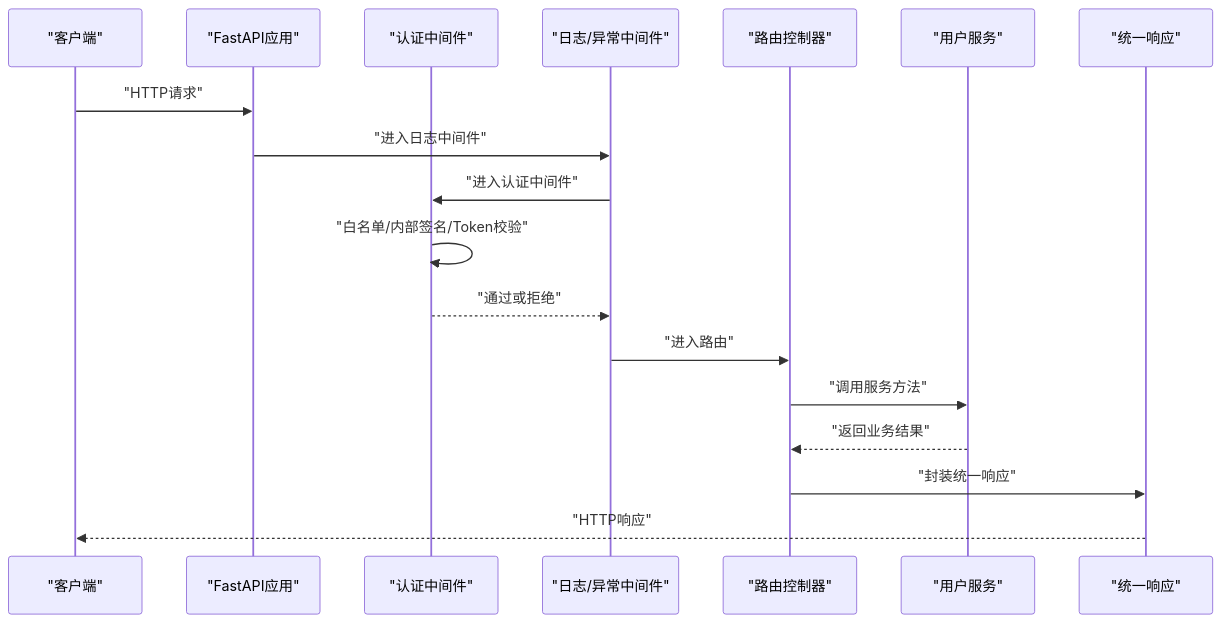
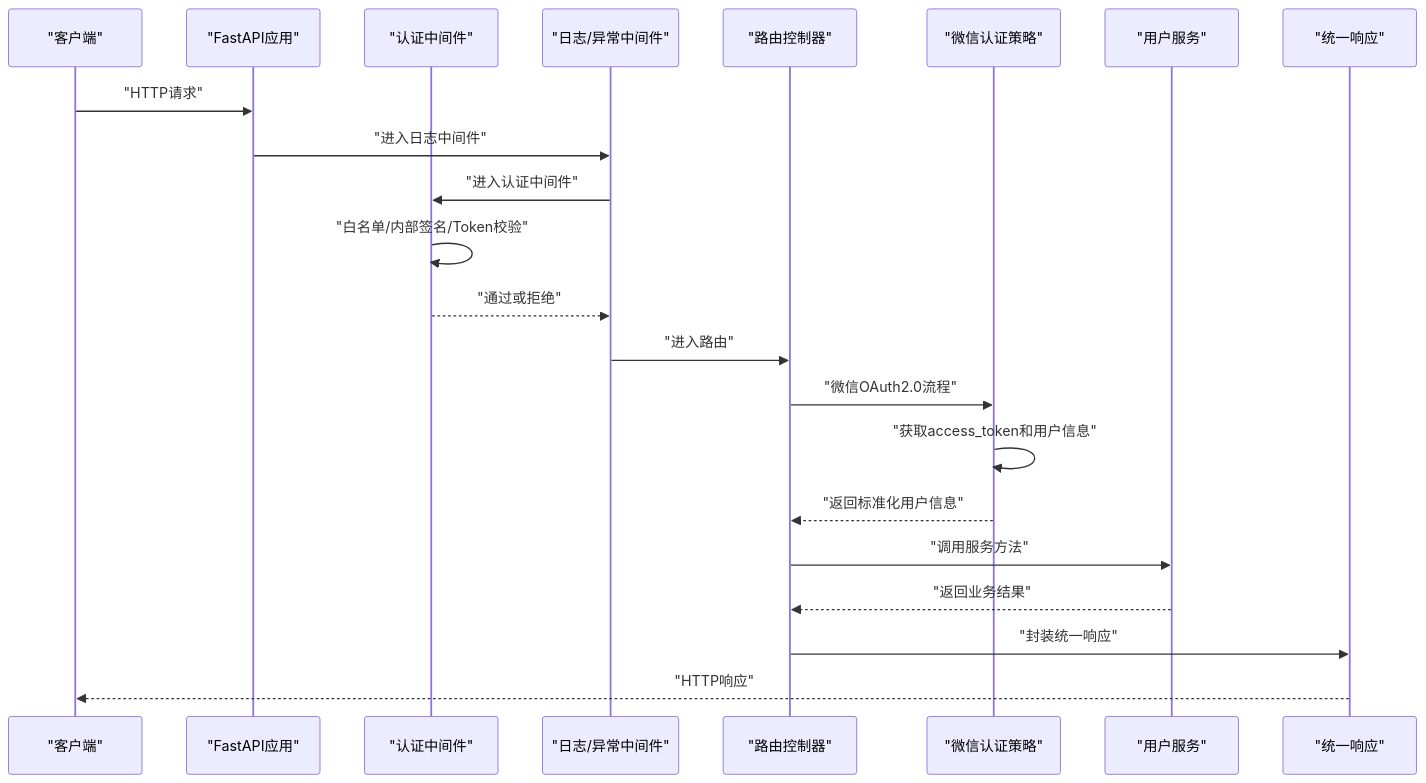
The second of 3 diagrams in .qoder/repowiki/zh/content/API接口文档/API接口文档.md (lilinzezzzzzz/fastapi-backend), drawn with Mermaid before and after one commit. The commit also changed other lines of this file and 38 other files, not shown here.

````diff
--- a/.qoder/repowiki/zh/content/API接口文档/API接口文档.md
+++ b/.qoder/repowiki/zh/content/API接口文档/API接口文档.md
@@ -115,20 +130,24 @@
 ```mermaid
 sequenceDiagram
 participant Client as "客户端"
 participant App as "FastAPI应用"
 participant AuthMW as "认证中间件"
 participant RecorderMW as "日志/异常中间件"
 participant Router as "路由控制器"
+participant Strategy as "微信认证策略"
 participant Svc as "用户服务"
 participant Resp as "统一响应"
 Client->>App : "HTTP请求"
 App->>RecorderMW : "进入日志中间件"
 RecorderMW->>AuthMW : "进入认证中间件"
 AuthMW->>AuthMW : "白名单/内部签名/Token校验"
 AuthMW-->>RecorderMW : "通过或拒绝"
 RecorderMW->>Router : "进入路由"
+Router->>Strategy : "微信OAuth2.0流程"
+Strategy->>Strategy : "获取access_token和用户信息"
+Strategy-->>Router : "返回标准化用户信息"
 Router->>Svc : "调用服务方法"
 Svc-->>Router : "返回业务结果"
 Router->>Resp : "封装统一响应"
 Resp-->>Client : "HTTP响应"
 ```
````
